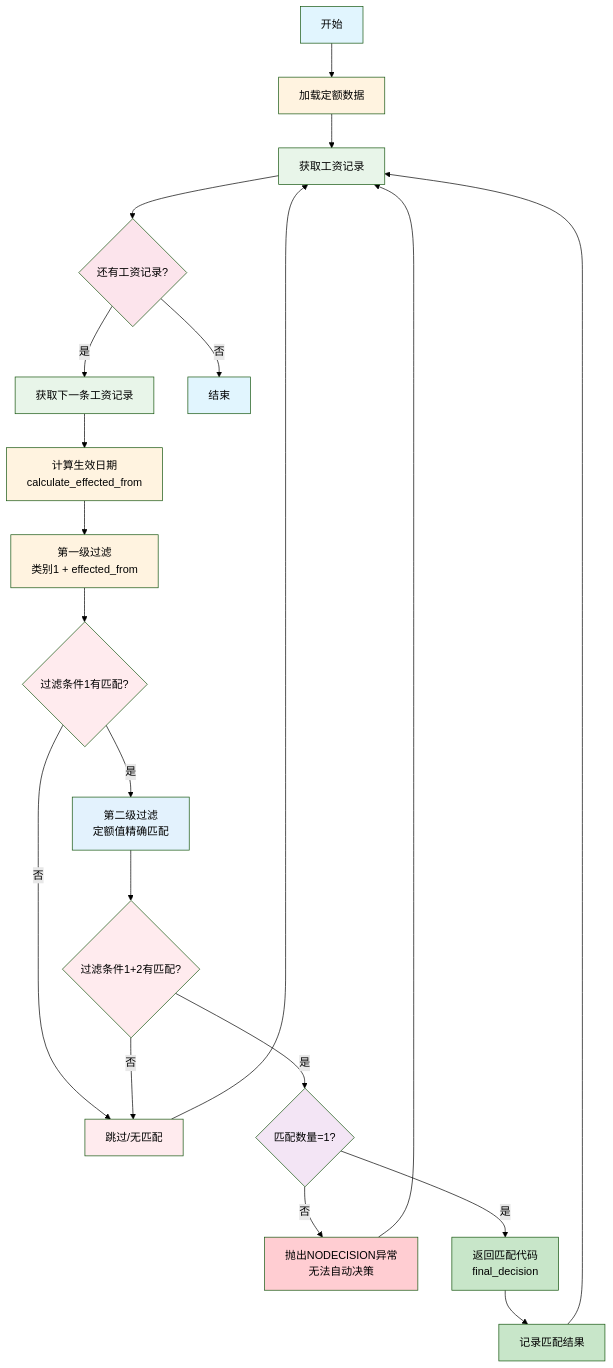
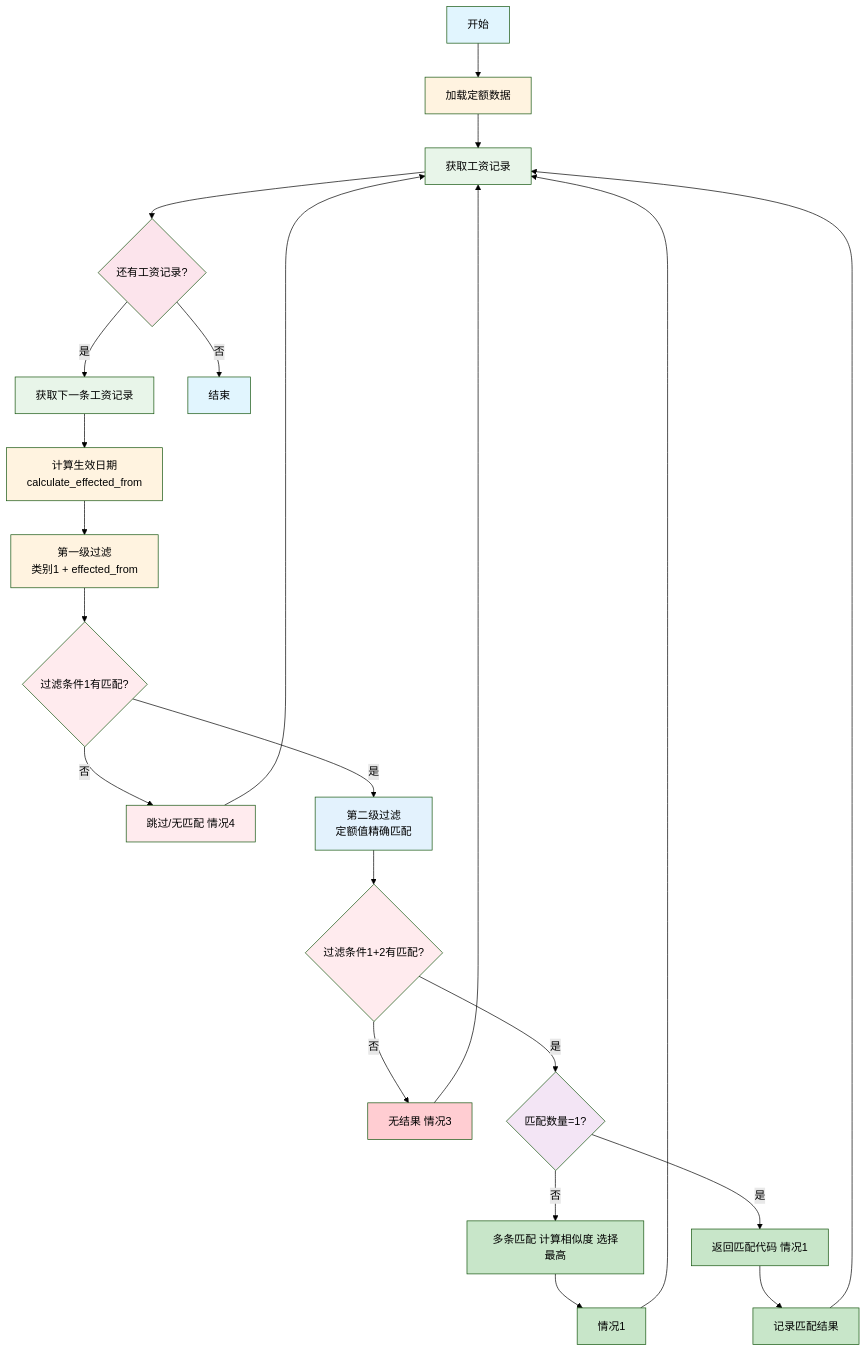
The second of 2 diagrams in README.md (richardjl1234/huaian_payroll_matching), drawn with Mermaid (forest theme) before and after one commit. The commit also changed other lines of this file and 4 other files, not shown here.

````diff
--- a/README.md
+++ b/README.md
@@ -292,46 +339,51 @@
 ```mermaid
 flowchart TD
     A[开始] --> B[加载定额数据]
     B --> C[获取工资记录]
     
     C --> D{还有工资记录?}
     D -->|是| E[获取下一条工资记录]
     D -->|否| Z[结束]
     
     E --> F[计算生效日期<br/>calculate_effected_from]
     F --> G[第一级过滤<br/>类别1 + effected_from]
     
     G --> H{过滤条件1有匹配?}
-    H -->|否| I[跳过/无匹配]
+    H -->|否| I[跳过/无匹配 情况4]
     I --> C
     
     H -->|是| J[第二级过滤<br/>定额值精确匹配]
     
     J --> K{过滤条件1+2有匹配?}
-    K -->|否| I
-    K -->|是| L{匹配数量=1?}
+    K -->|否| L[无结果 情况3]
+    L --> C
     
-    L -->|否| M[抛出NODECISION异常<br/>无法自动决策]
-    M --> C
+    K -->|是| M{匹配数量=1?}
     
-    L -->|是| N[返回匹配代码<br/>final_decision]
-    N --> O[记录匹配结果]
+    M -->|否| N[多条匹配 计算相似度 选择最高]
+    N --> O[情况1]
     O --> C
+    
+    M -->|是| P[返回匹配代码 情况1]
+    P --> Q[记录匹配结果]
+    Q --> C
     
     style A fill:#e1f5fe
     style B fill:#fff3e0
     style C fill:#e8f5e9
     style D fill:#fce4ec
     style E fill:#e8f5e9
     style F fill:#fff3e0
     style G fill:#fff3e0
     style H fill:#ffebee
     style I fill:#ffebee
     style J fill:#e3f2fd
     style K fill:#ffebee
-    style L fill:#f3e5f5
-    style M fill:#ffcdd2
+    style L fill:#ffcdd2
+    style M fill:#f3e5f5
     style N fill:#c8e6c9
     style O fill:#c8e6c9
+    style P fill:#c8e6c9
+    style Q fill:#c8e6c9
     style Z fill:#e1f5fe
 ```
````
